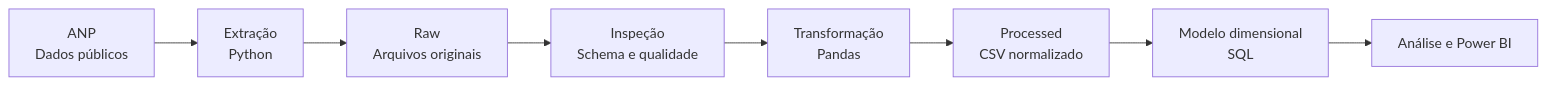
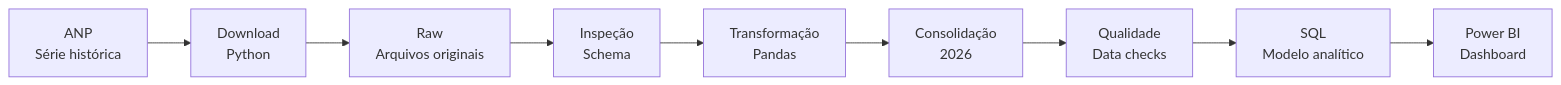
One commit to peedrovinicius/observatorio-combustiveis-brasil changed the diagram in README.md. Above: the diagram before and after it, drawn with Mermaid. The commit also changed other lines of this file and 11 other files, not shown here.

````diff
--- a/README.md
+++ b/README.md
@@ -27,10 +27,11 @@
 ```mermaid
 flowchart LR
-    A[ANP<br/>Dados públicos] --> B[Extração<br/>Python]
+    A[ANP<br/>Série histórica] --> B[Download<br/>Python]
     B --> C[Raw<br/>Arquivos originais]
-    C --> D[Inspeção<br/>Schema e qualidade]
+    C --> D[Inspeção<br/>Schema]
     D --> E[Transformação<br/>Pandas]
-    E --> F[Processed<br/>CSV normalizado]
-    F --> G[Modelo dimensional<br/>SQL]
-    G --> H[Análise e Power BI]
+    E --> F[Consolidação<br/>2026]
+    F --> G[Qualidade<br/>Data checks]
+    G --> H[SQL<br/>Modelo analítico]
+    H --> I[Power BI<br/>Dashboard]
 ```
````
